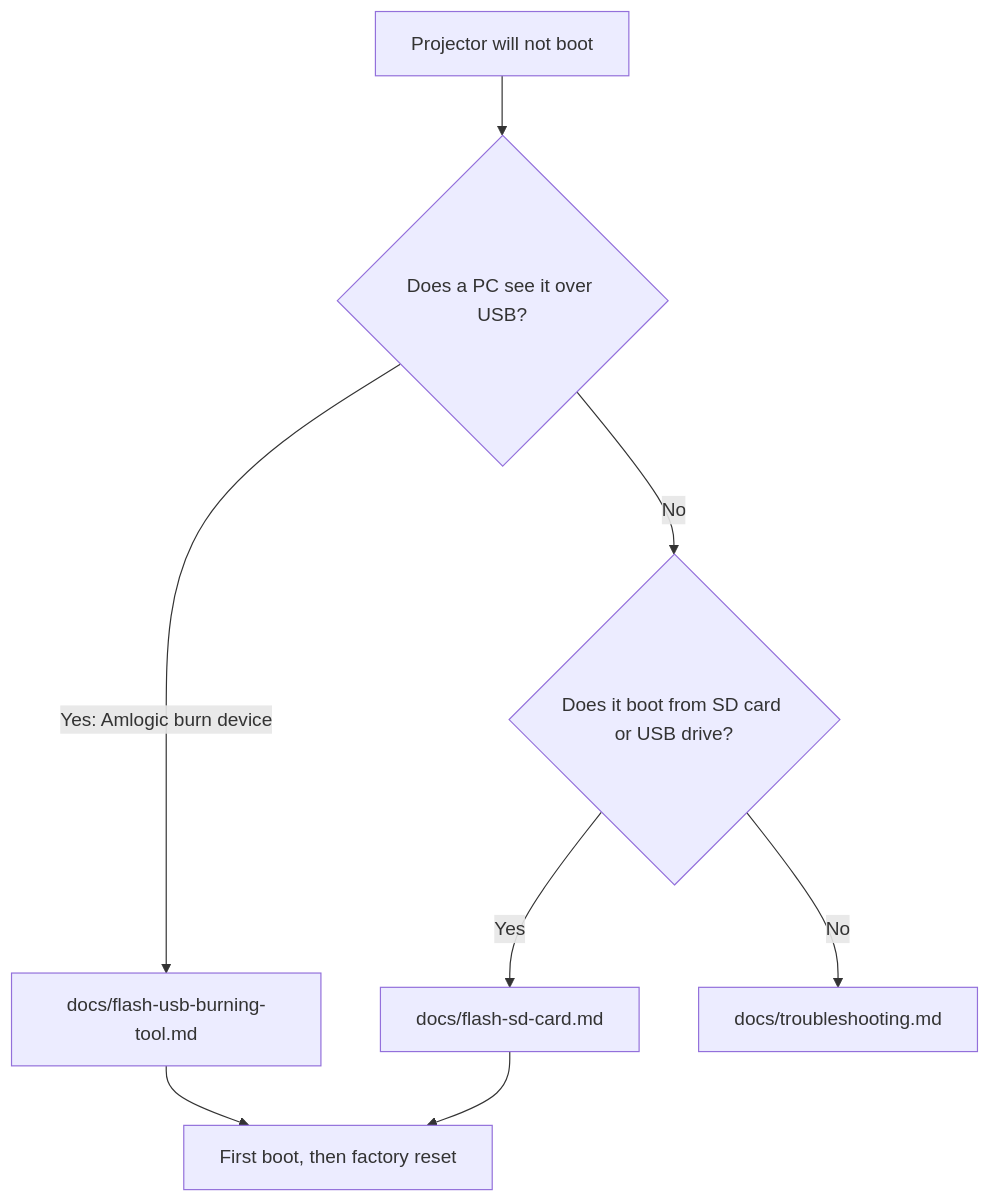
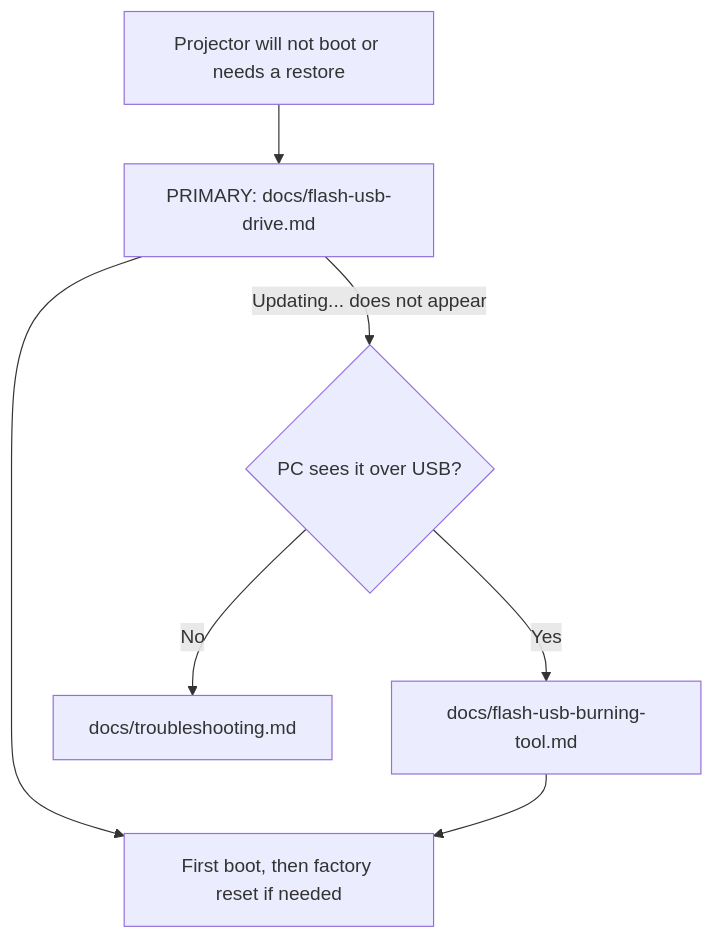
Before and after one commit to AbdurRashidMondal/egate-atom-3x-firmware: the diagram in README.md, drawn with Mermaid. The commit also changed other lines of this file and 3 other files, not shown here.

First line of the commit message:
Docs: make USB pendrive + Power-button flash the primary method

````diff
--- a/README.md
+++ b/README.md
@@ -19,10 +19,9 @@
 ```mermaid
 flowchart TD
-    A[Projector will not boot] --> B{Does a PC see it over USB?}
-    B -->|Yes: Amlogic burn device| C[docs/flash-usb-burning-tool.md]
-    B -->|No| D{Does it boot from SD card or USB drive?}
-    D -->|Yes| E[docs/flash-sd-card.md]
-    D -->|No| F[docs/troubleshooting.md]
-    C --> G[First boot, then factory reset]
-    E --> G
+    A[Projector will not boot or needs a restore] --> B[PRIMARY: docs/flash-usb-drive.md]
+    B -->|Updating... does not appear| C{PC sees it over USB?}
+    C -->|Yes| D[docs/flash-usb-burning-tool.md]
+    C -->|No| E[docs/troubleshooting.md]
+    B --> F[First boot, then factory reset if needed]
+    D --> F
 ```
````
